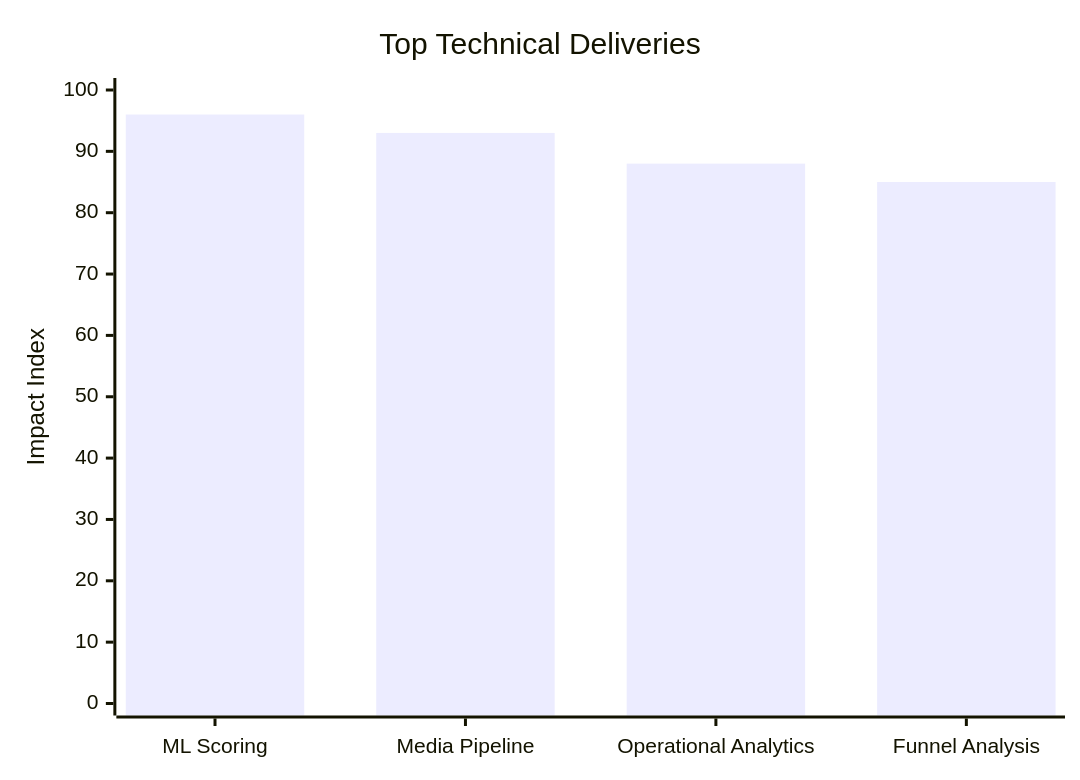
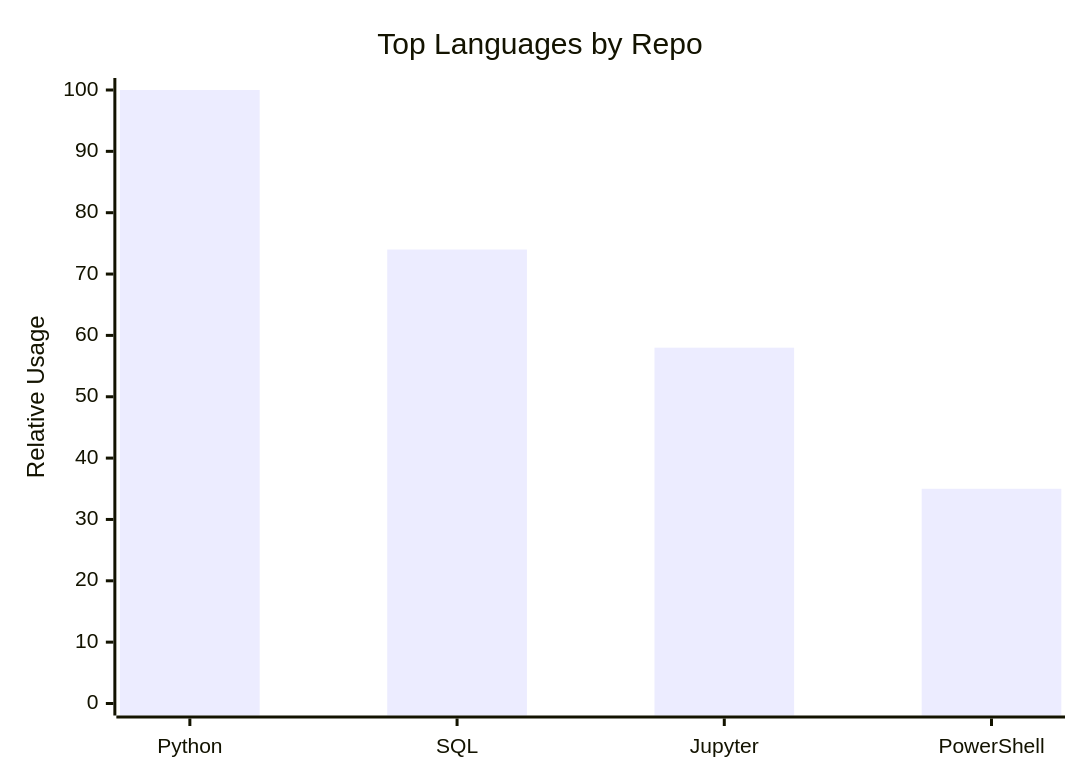
Before and after one commit to Carlosportomelo/carlosportomelo: the diagram in README.md, drawn with Mermaid. The commit also changed other lines of this file, not shown here.

Commit message:
Refine README stats layout and clean Mermaid section

````diff
--- a/README.md
+++ b/README.md
@@ -39,7 +48,7 @@
 ```mermaid
 xychart-beta
-    title "Top Technical Deliveries"
-    x-axis ["ML Scoring", "Media Pipeline", "Operational Analytics", "Funnel Analysis"]
-    y-axis "Impact Index" 0 --> 100
-    bar [96, 93, 88, 85]
+    title "Top Languages by Repo"
+    x-axis ["Python", "SQL", "Jupyter", "PowerShell"]
+    y-axis "Relative Usage" 0 --> 100
+    bar [100, 74, 58, 35]
 ```
````
